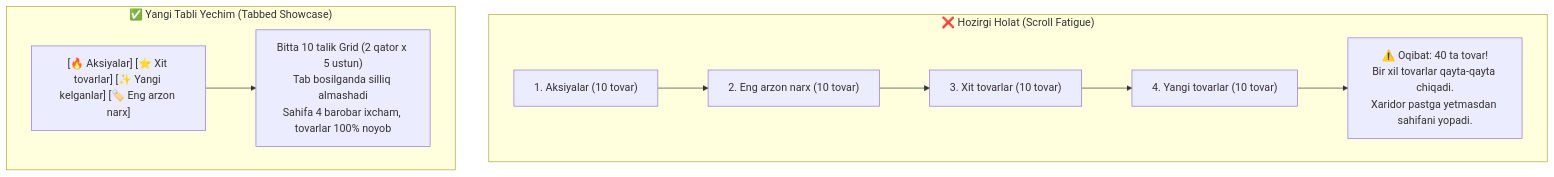
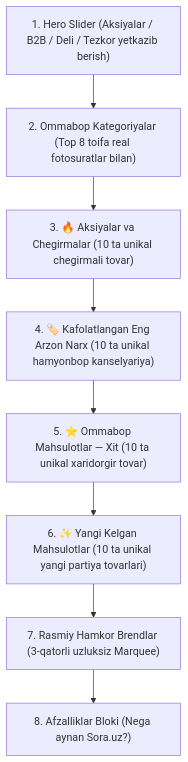
Before and after one commit to sorauz/web_sora_uz: the diagram in Loyixa_xujjatlari/plan_tovar.md, drawn with Mermaid. The commit also changed other lines of this file and 4 other files, not shown here.

````diff
--- a/Loyixa_xujjatlari/plan_tovar.md
+++ b/Loyixa_xujjatlari/plan_tovar.md
@@ -25,14 +31,10 @@
 ```mermaid
 graph TD
-    subgraph Hozirgi_Holat["❌ Hozirgi Holat (Scroll Fatigue)"]
-        S1["1. Aksiyalar (10 tovar)"] --> S2["2. Eng arzon narx (10 tovar)"]
-        S2 --> S3["3. Xit tovarlar (10 tovar)"]
-        S3 --> S4["4. Yangi tovarlar (10 tovar)"]
-        S4 --> Fatigue["⚠️ Oqibat: 40 ta tovar!\nBir xil tovarlar qayta-qayta chiqadi.\nXaridor pastga yetmasdan sahifani yopadi."]
-    end
-
-    subgraph Yangi_Yechim["✅ Yangi Tabli Yechim (Tabbed Showcase)"]
-        Tabs["[🔥 Aksiyalar] [⭐ Xit tovarlar] [✨ Yangi kelganlar] [🏷️ Eng arzon narx]"]
-        Tabs --> Showcase["Bitta 10 talik Grid (2 qator x 5 ustun)\nTab bosilganda silliq almashadi\nSahifa 4 barobar ixcham, tovarlar 100% noyob"]
-    end
+    Hero["1. Hero Slider (Aksiyalar / B2B / Deli / Tezkor yetkazib berish)"] --> Cat["2. Ommabop Kategoriyalar (Top 8 toifa real fotosuratlar bilan)"]
+    Cat --> S1["3. 🔥 Aksiyalar va Chegirmalar (10 ta unikal chegirmali tovar)"]
+    S1 --> S2["4. 🏷️ Kafolatlangan Eng Arzon Narx (10 ta unikal hamyonbop kanselyariya)"]
+    S2 --> S3["5. ⭐ Ommabop Mahsulotlar — Xit (10 ta unikal xaridorgir tovar)"]
+    S3 --> S4["6. ✨ Yangi Kelgan Mahsulotlar (10 ta unikal yangi partiya tovarlari)"]
+    S4 --> Brands["7. Rasmiy Hamkor Brendlar (3-qatorli uzluksiz Marquee)"]
+    Brands --> Feat["8. Afzalliklar Bloki (Nega aynan Sora.uz?)"]
 ```
````
